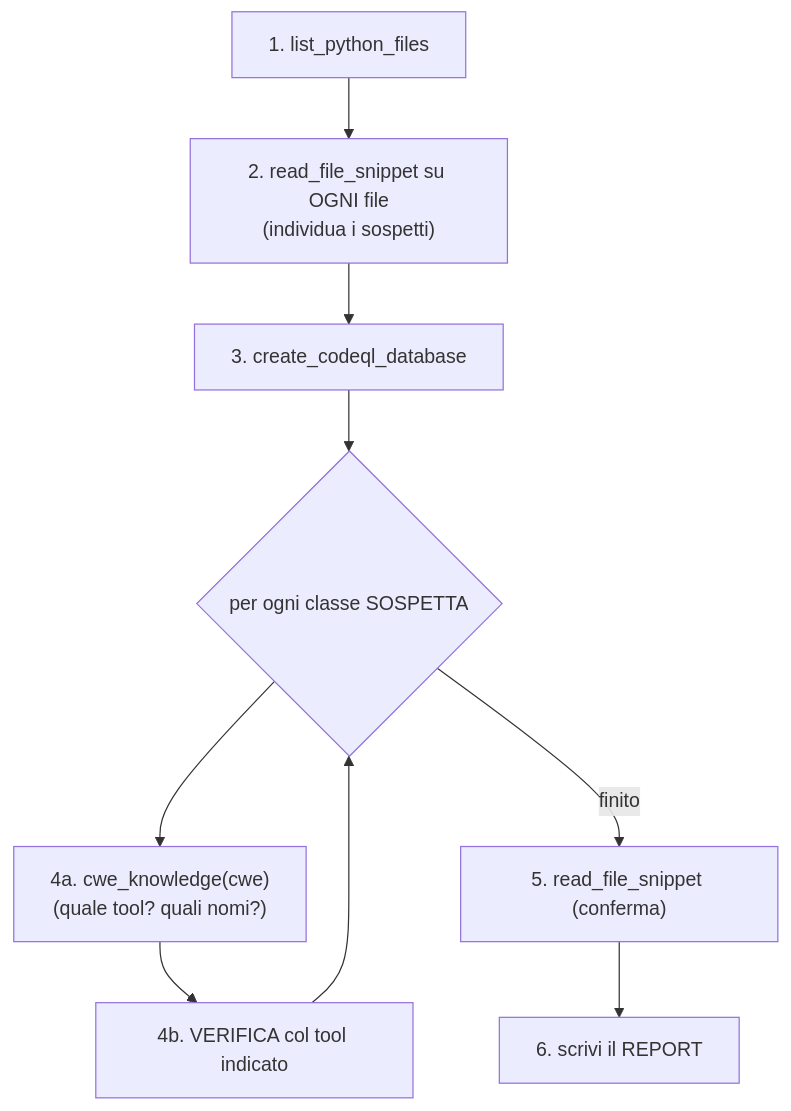
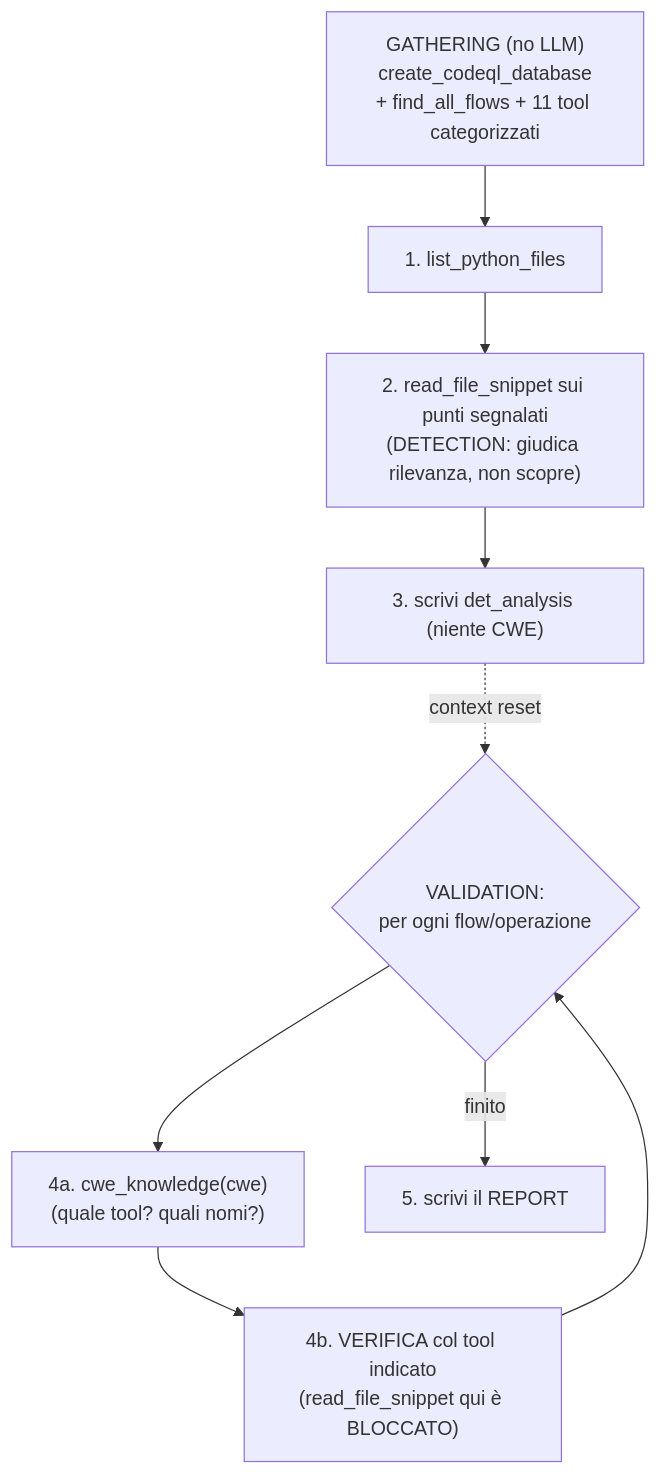
One commit to iris-cmd22/Sibyl changed diagram 17 of 29 in documentazione/Server_MCP_Architettura.md. Above: the diagram before and after it, drawn with Mermaid. The commit also changed other lines of this file and 49 other files, not shown here.

````diff
--- a/documentazione/Server_MCP_Architettura.md
+++ b/documentazione/Server_MCP_Architettura.md
@@ -756,11 +811,11 @@
 ```mermaid
 flowchart TB
-    S1["1. list_python_files"] --> S2["2. read_file_snippet su OGNI file<br/>(individua i sospetti)"]
-    S2 --> S3["3. create_codeql_database"]
-    S3 --> S4{"per ogni classe SOSPETTA"}
+    G0["GATHERING (no LLM)<br/>create_codeql_database<br/>+ find_all_flows + 11 tool categorizzati"] --> S1
+    S1["1. list_python_files"] --> S2["2. read_file_snippet sui punti segnalati<br/>(DETECTION: giudica rilevanza, non scopre)"]
+    S2 --> S3["3. scrivi det_analysis (niente CWE)"]
+    S3 -.->|"context reset"| S4{"VALIDATION:<br/>per ogni flow/operazione"}
     S4 --> S5["4a. cwe_knowledge(cwe)<br/>(quale tool? quali nomi?)"]
-    S5 --> S6["4b. VERIFICA col tool indicato"]
+    S5 --> S6["4b. VERIFICA col tool indicato<br/>(read_file_snippet qui è BLOCCATO)"]
     S6 --> S4
-    S4 -->|finito| S7["5. read_file_snippet (conferma)"]
-    S7 --> S8["6. scrivi il REPORT"]
+    S4 -->|finito| S8["5. scrivi il REPORT"]
 ```
````
